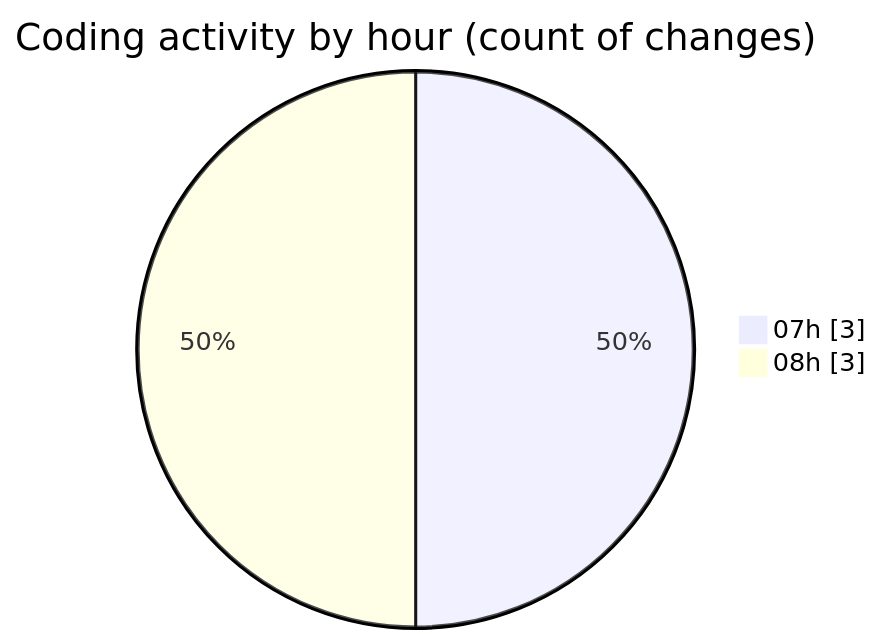
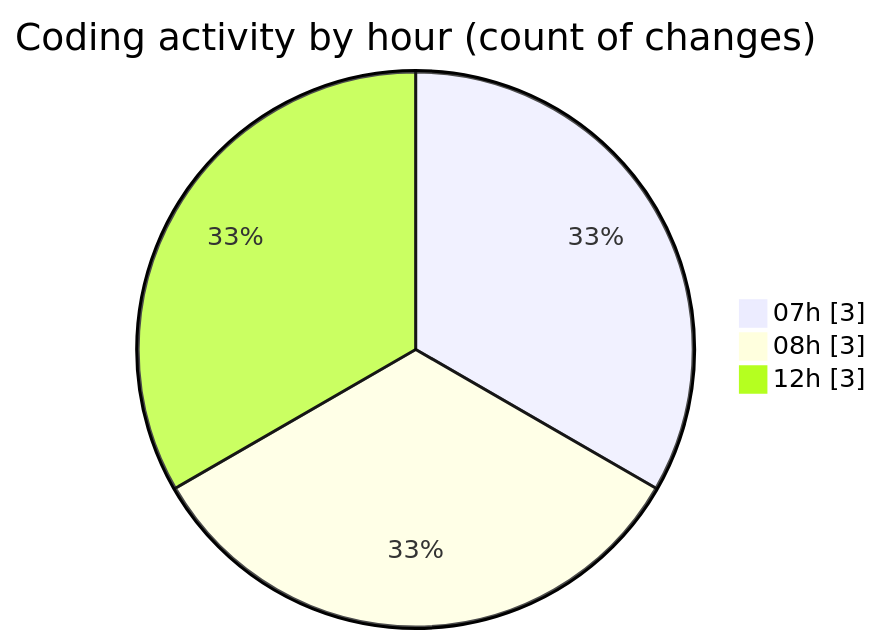
The second of 2 diagrams in 2025-04-28/c-masm/README.md (charlie-sans/code-tracking), drawn with Mermaid before and after one commit. The commit also changed other lines of this file and 1 other file, not shown here.

````diff
--- a/2025-04-28/c-masm/README.md
+++ b/2025-04-28/c-masm/README.md
@@ -35,6 +36,7 @@
 ```mermaid
 pie showData
 title Coding activity by hour (count of changes)
 "07h" : 3
 "08h" : 3
+"12h" : 3
 ```
````
